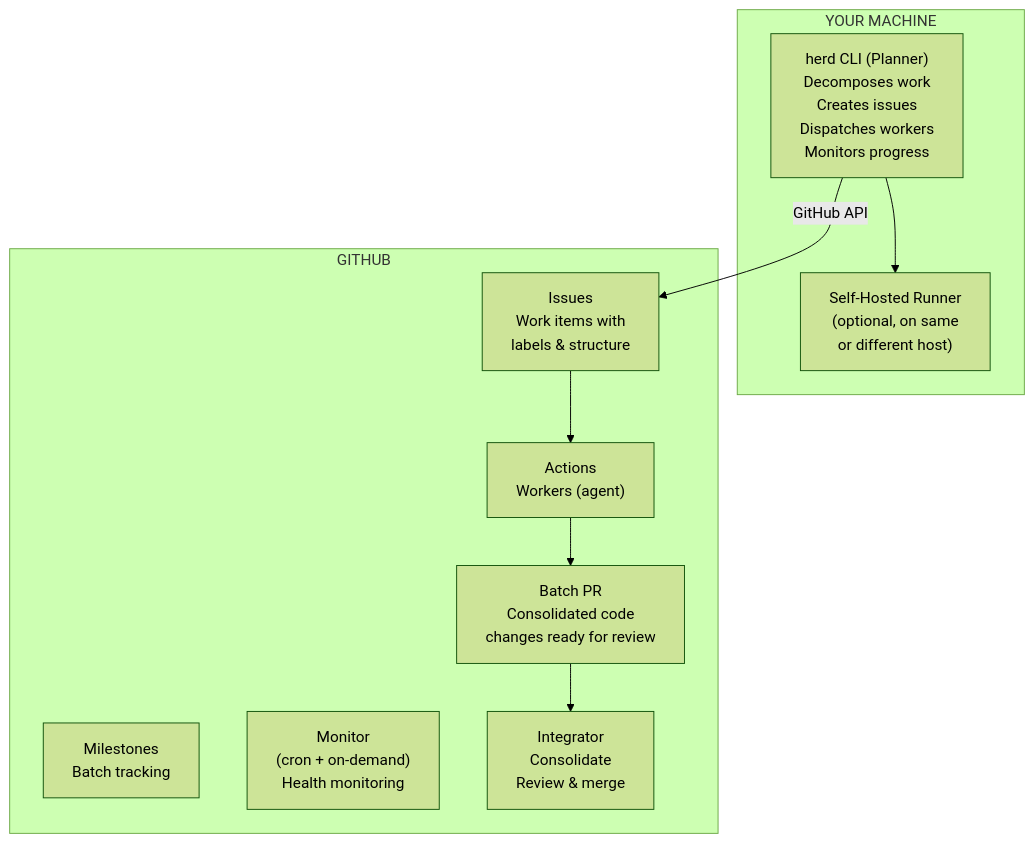
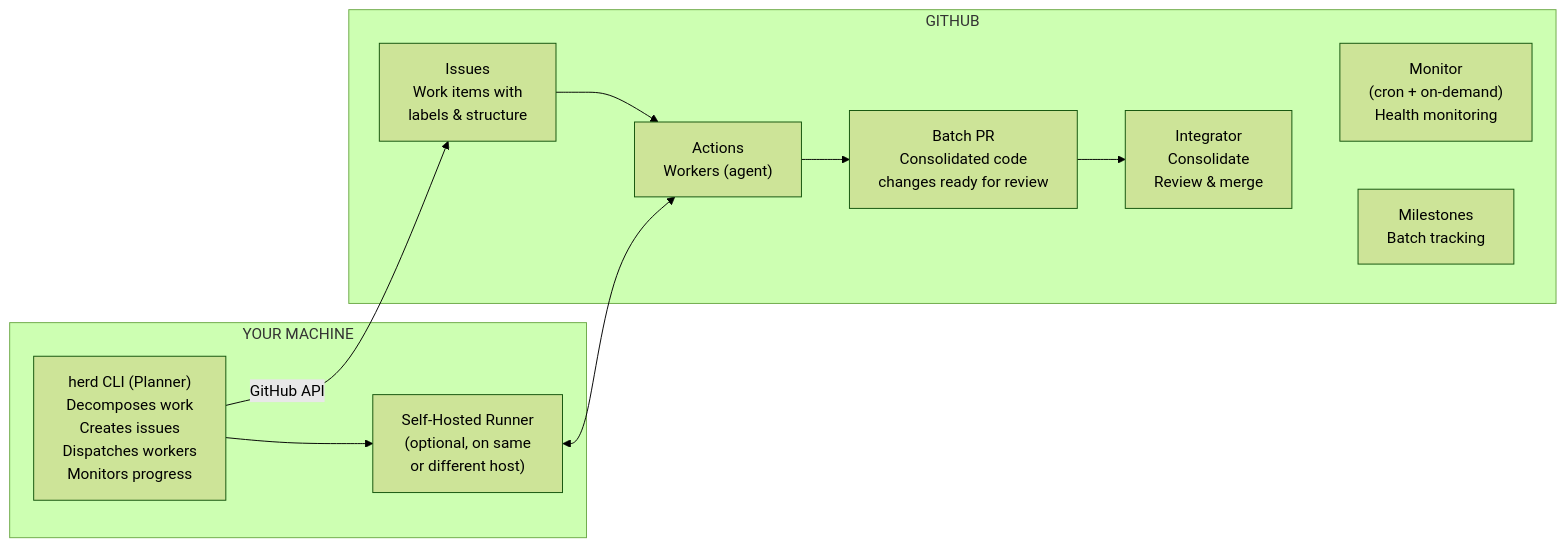
One commit to Herd-OS/herd changed the first of 5 diagrams in docs/design/architecture.md. Above: the diagram before and after it, drawn with Mermaid (forest theme).

Commit message:
fix: improve first Mermaid diagram layout in architecture.md (#339)
- Change to LR layout so "Your Machine" appears on the left
- Add bidirectional arrow between Self-Hosted Runner and Actions
- Move Monitor and Milestones to the right of the GitHub section

````diff
--- a/docs/design/architecture.md
+++ b/docs/design/architecture.md
@@ -7,23 +7,26 @@
 ```mermaid
-graph TD
+graph LR
     subgraph Local["YOUR MACHINE"]
         CLI["herd CLI (Planner)<br>Decomposes work<br>Creates issues<br>Dispatches workers<br>Monitors progress"]
         Runner["Self-Hosted Runner<br>(optional, on same<br>or different host)"]
         CLI --> Runner
     end
 
     subgraph Cloud["GITHUB"]
         Issues["Issues<br>Work items with<br>labels & structure"]
         Actions["Actions<br>Workers (agent)"]
         BatchPR["Batch PR<br>Consolidated code<br>changes ready for review"]
+        Integrator["Integrator<br>Consolidate<br>Review & merge"]
+        Monitor["Monitor<br>(cron + on-demand)<br>Health monitoring"]
         Milestones["Milestones<br>Batch tracking"]
-        Monitor["Monitor<br>(cron + on-demand)<br>Health monitoring"]
-        Integrator["Integrator<br>Consolidate<br>Review & merge"]
 
         Issues --> Actions
         Actions --> BatchPR
         BatchPR --> Integrator
+        Integrator ~~~ Monitor
+        Integrator ~~~ Milestones
     end
 
     CLI -->|GitHub API| Issues
+    Runner <--> Actions
 ```
````
